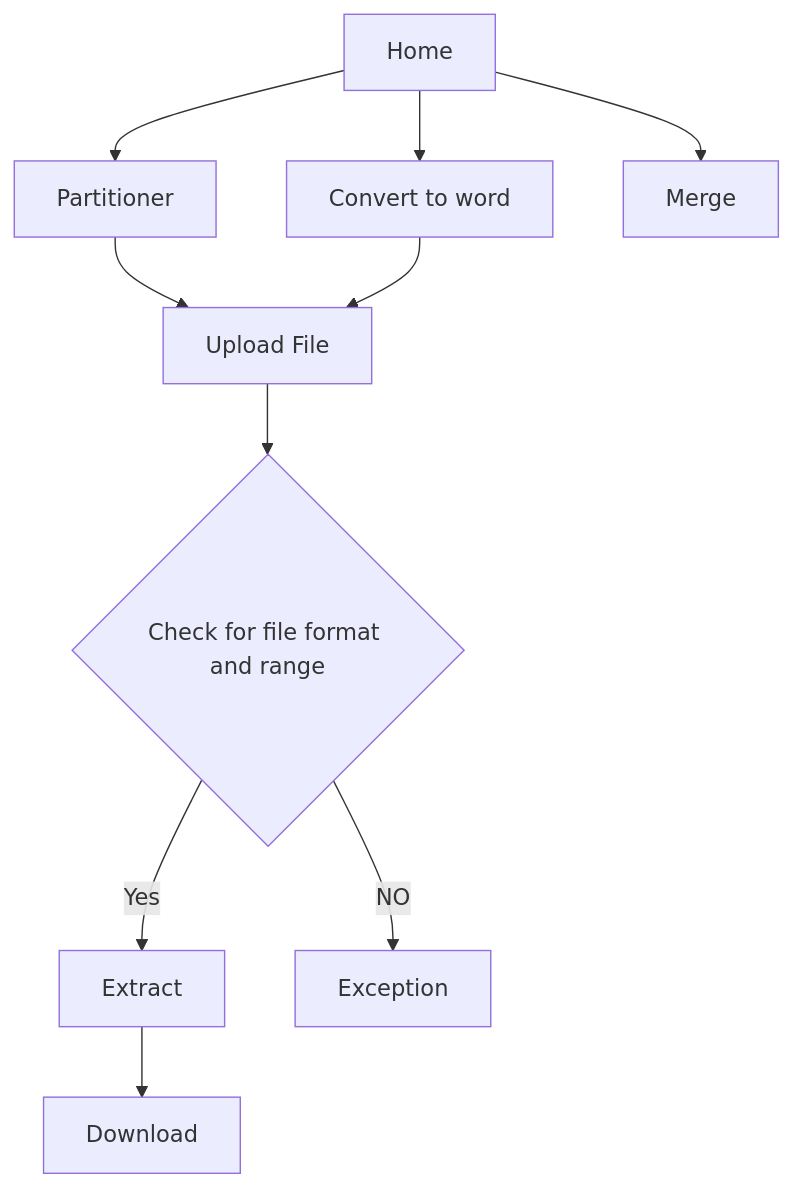
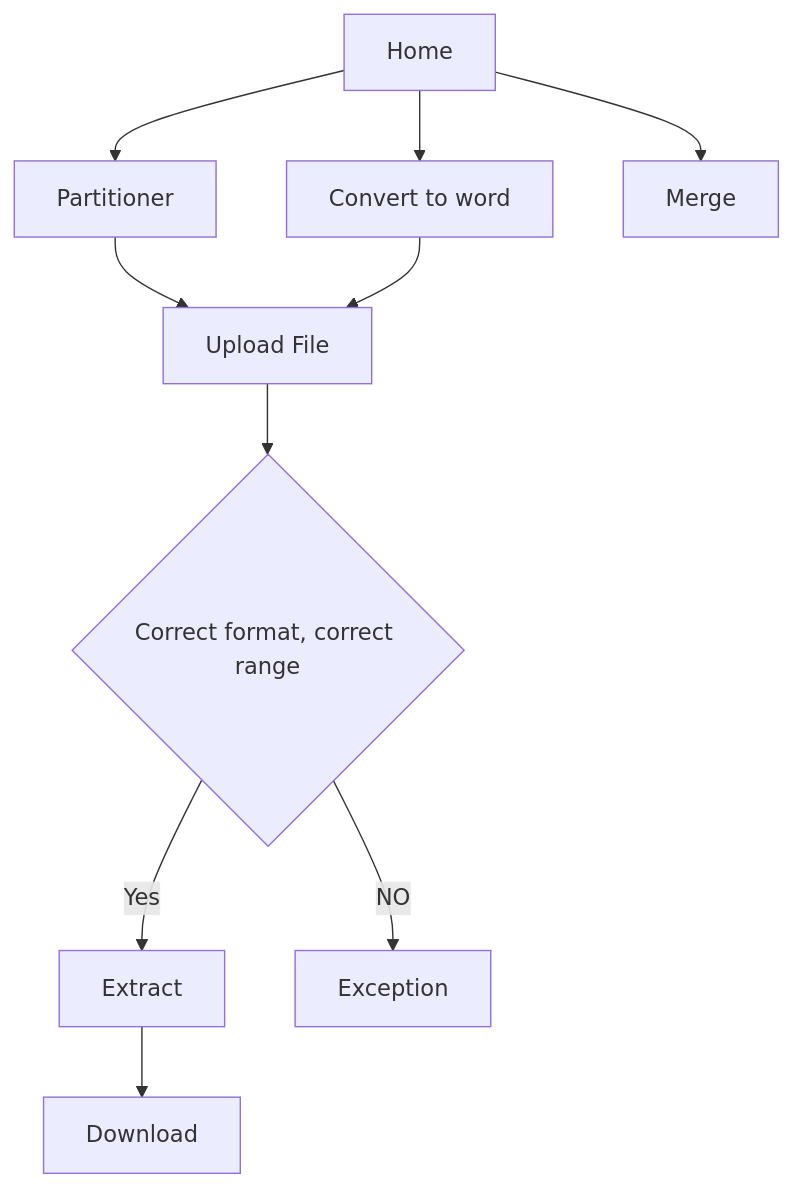
One commit to Bibhash7/PDF-Partitioner changed the diagram in README.md. Above: the diagram before and after it, drawn with Mermaid.

````diff
--- a/README.md
+++ b/README.md
@@ -15,12 +15,12 @@
 ``` mermaid
 graph TD;
 A[Home]-->P[Partitioner];
 A-->W[Convert to word];
 A-->M[Merge];
 P-->U[Upload File];
-U-->CON{Check for file format and range}
+U-->CON{Correct format, correct range}
 CON--Yes--> CVT[Extract]
 CVT-->DNLD[Download]
 CON--NO--> NCVT[Exception]
 W-->U    
 ```
````
